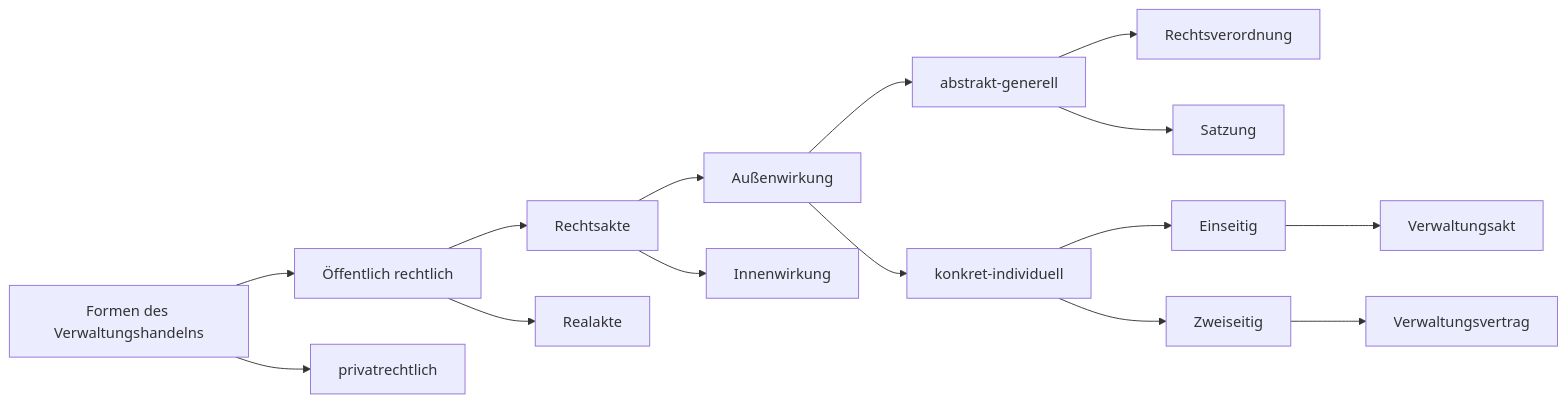
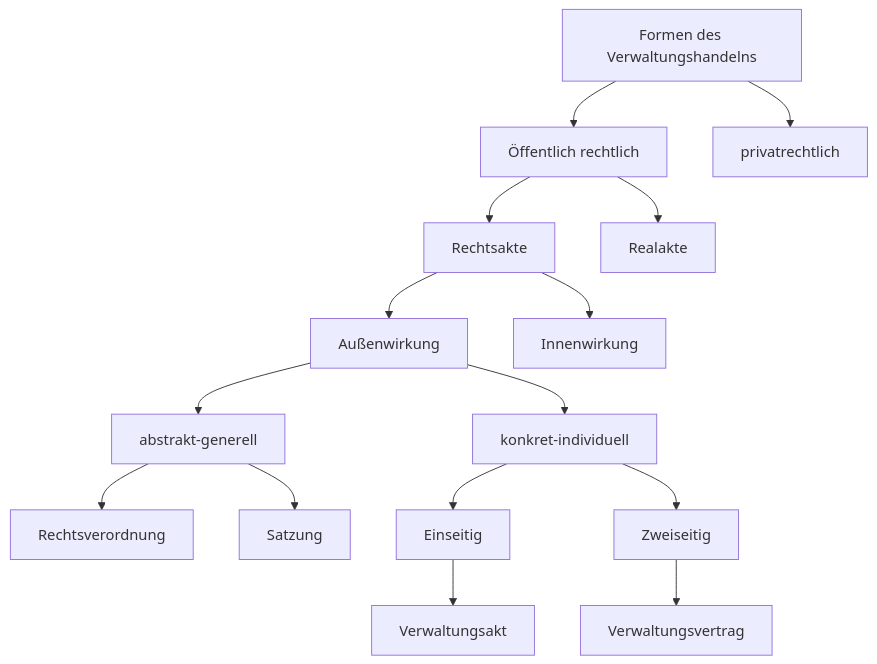
The first of 2 diagrams in _posts/2019-02-12-Verwaltungsrecht.md (jakobschumacher/mitschrift_weiterbildungskurs), drawn with Mermaid before and after one commit. The commit also changed other lines of this file and 1 other file, not shown here.

```diff
--- a/_posts/2019-02-12-Verwaltungsrecht.md
+++ b/_posts/2019-02-12-Verwaltungsrecht.md
@@ -133,17 +134,17 @@
 <div class="mermaid">
-graph LR;
+graph TD;
     X["Formen des Verwaltungshandelns"]-->A["Öffentlich rechtlich"];
     X-->privatrechtlich;
     A["Öffentlich rechtlich"]-->Rechtsakte;
     A-->B["Realakte"];
     Rechtsakte-->Außenwirkung;
     Rechtsakte-->Innenwirkung;
     Außenwirkung --> abstrakt-generell;
     abstrakt-generell-->Rechtsverordnung;
     abstrakt-generell-->Satzung;
     Außenwirkung --> konkret-individuell;
     konkret-individuell-->Einseitig;
     Einseitig-->Verwaltungsakt
     konkret-individuell-->Zweiseitig;
     Zweiseitig-->Verwaltungsvertrag;
 </div>
```
